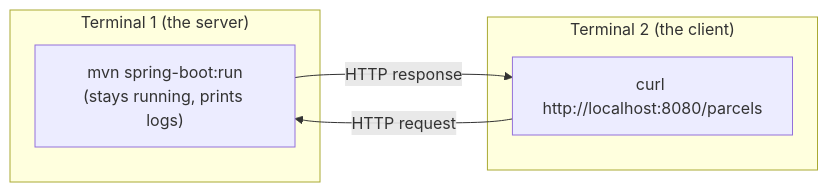
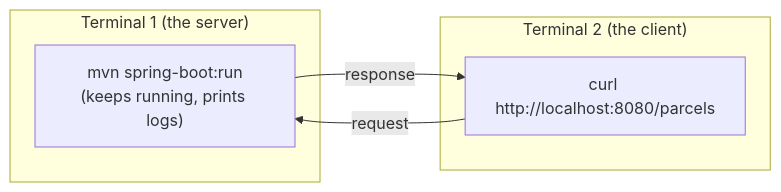
The diagram in tracks/spring-boot/topics/00-start-here/editor-and-terminal.md (kevin-voss/learning-project), drawn with Mermaid before and after one commit. The commit also changed other lines of this file and 66 other files, not shown here.

````diff
--- a/tracks/spring-boot/topics/00-start-here/editor-and-terminal.md
+++ b/tracks/spring-boot/topics/00-start-here/editor-and-terminal.md
@@ -44,11 +10,11 @@
 ```mermaid
 flowchart LR
   subgraph T1 ["Terminal 1 (the server)"]
-    A["mvn spring-boot:run<br/>(stays running, prints logs)"]
+    A["mvn spring-boot:run<br/>(keeps running, prints logs)"]
   end
   subgraph T2 ["Terminal 2 (the client)"]
     B["curl http://localhost:8080/parcels"]
   end
-  B -->|HTTP request| A
-  A -->|HTTP response| B
+  B -->|request| A
+  A -->|response| B
 ```
````
